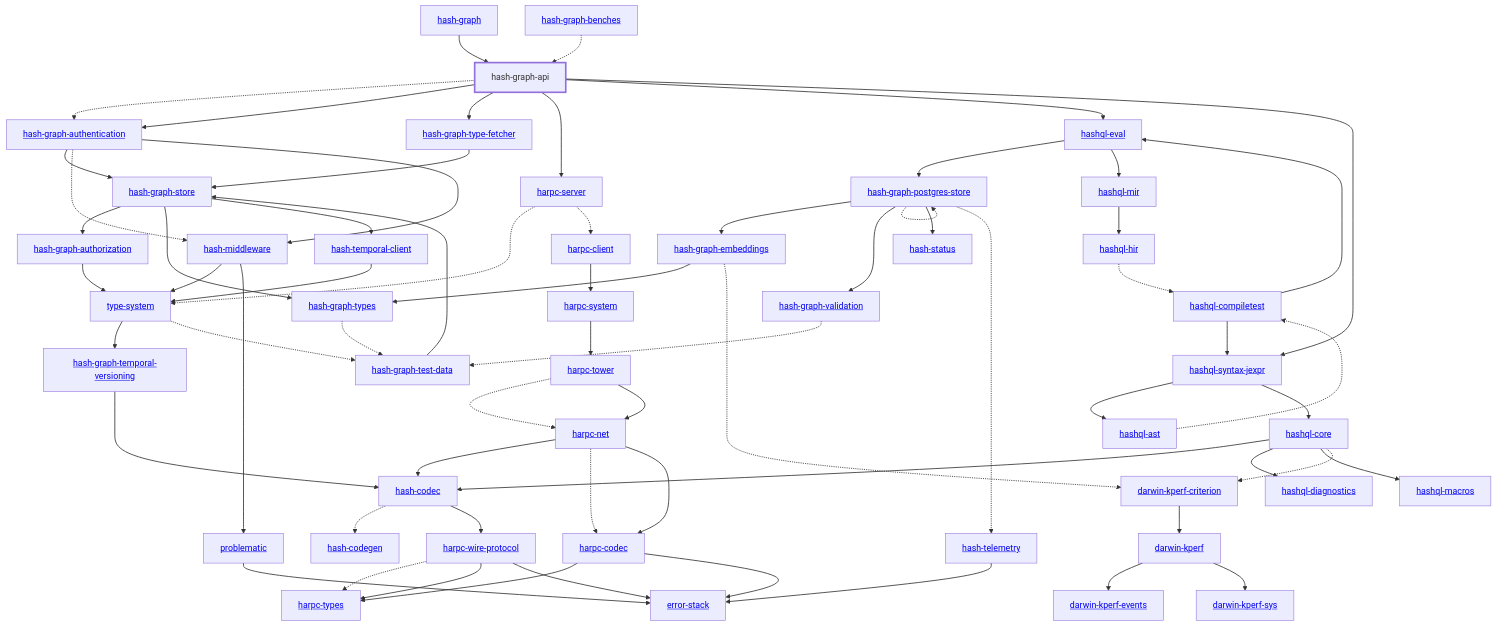
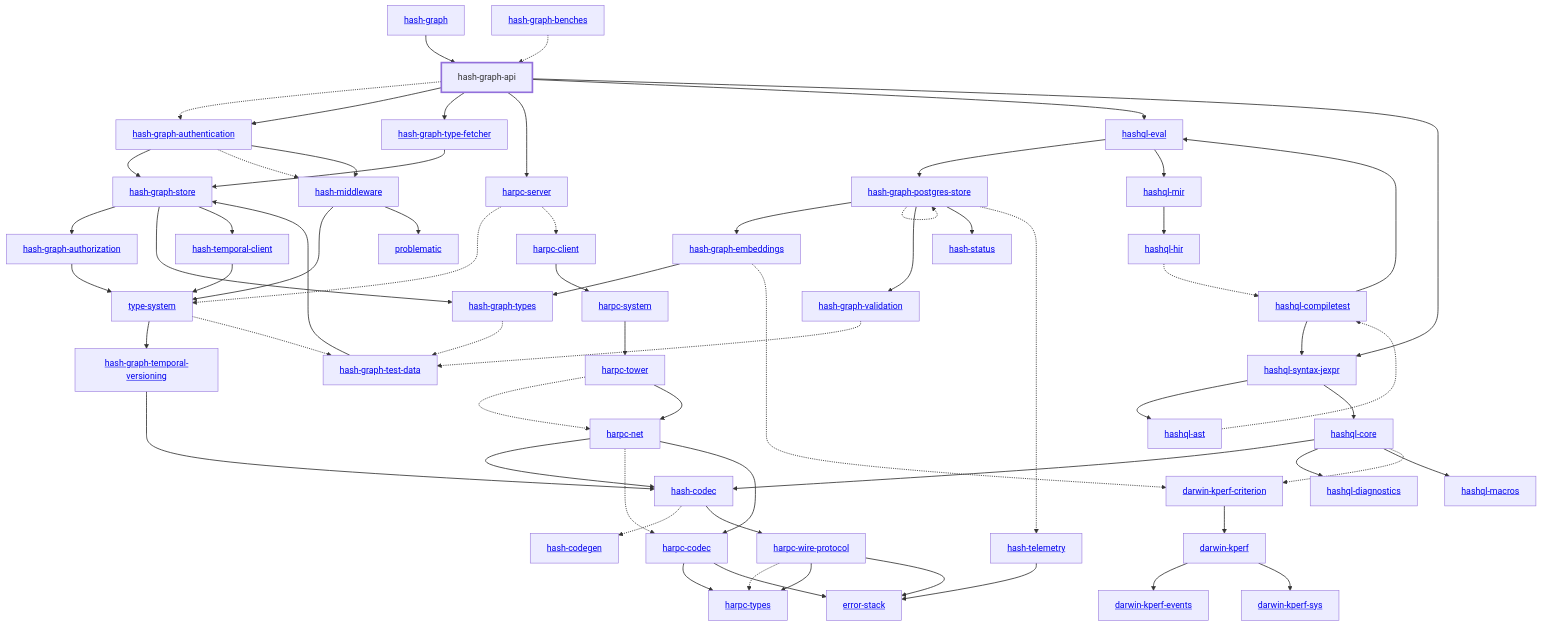
Before and after one commit to hashintel/hash: the diagram in libs/@local/graph/api/docs/dependency-diagram.mmd, drawn with Mermaid. The commit also changed 77 other files, not shown here.

```diff
--- a/libs/@local/graph/api/docs/dependency-diagram.mmd
+++ b/libs/@local/graph/api/docs/dependency-diagram.mmd
@@ -1,120 +1,119 @@
 graph TD
     linkStyle default stroke-width:1.5px
     classDef default stroke-width:1px
     classDef root stroke-width:3px
     classDef dev stroke-width:1px
     classDef build stroke-width:1px
     %% Legend
     %% --> : Normal dependency
     %% -.-> : Dev dependency
     %% ---> : Build dependency
     0[<a href="../hash_graph/index.html">hash-graph</a>]
     1[<a href="../type_system/index.html">type-system</a>]
     2[<a href="../hash_codec/index.html">hash-codec</a>]
     3[<a href="../hash_codegen/index.html">hash-codegen</a>]
     4[hash-graph-api]
     class 4 root
     5[<a href="../hash_graph_authentication/index.html">hash-graph-authentication</a>]
     6[<a href="../hash_graph_authorization/index.html">hash-graph-authorization</a>]
     7[<a href="../hash_graph_embeddings/index.html">hash-graph-embeddings</a>]
     8[<a href="../hash_graph_postgres_store/index.html">hash-graph-postgres-store</a>]
     9[<a href="../hash_graph_store/index.html">hash-graph-store</a>]
     10[<a href="../hash_graph_temporal_versioning/index.html">hash-graph-temporal-versioning</a>]
     11[<a href="../hash_graph_type_fetcher/index.html">hash-graph-type-fetcher</a>]
     12[<a href="../hash_graph_types/index.html">hash-graph-types</a>]
     13[<a href="../hash_graph_validation/index.html">hash-graph-validation</a>]
     14[<a href="../harpc_client/index.html">harpc-client</a>]
     15[<a href="../harpc_codec/index.html">harpc-codec</a>]
     16[<a href="../harpc_net/index.html">harpc-net</a>]
     17[<a href="../harpc_server/index.html">harpc-server</a>]
     18[<a href="../harpc_system/index.html">harpc-system</a>]
     19[<a href="../harpc_tower/index.html">harpc-tower</a>]
     20[<a href="../harpc_types/index.html">harpc-types</a>]
     21[<a href="../harpc_wire_protocol/index.html">harpc-wire-protocol</a>]
     22[<a href="../hashql_ast/index.html">hashql-ast</a>]
     23[<a href="../hashql_compiletest/index.html">hashql-compiletest</a>]
     24[<a href="../hashql_core/index.html">hashql-core</a>]
     25[<a href="../hashql_diagnostics/index.html">hashql-diagnostics</a>]
     26[<a href="../hashql_eval/index.html">hashql-eval</a>]
     27[<a href="../hashql_hir/index.html">hashql-hir</a>]
     28[<a href="../hashql_macros/index.html">hashql-macros</a>]
     29[<a href="../hashql_mir/index.html">hashql-mir</a>]
     30[<a href="../hashql_syntax_jexpr/index.html">hashql-syntax-jexpr</a>]
     31[<a href="../hash_middleware/index.html">hash-middleware</a>]
     32[<a href="../hash_status/index.html">hash-status</a>]
     33[<a href="../hash_telemetry/index.html">hash-telemetry</a>]
     34[<a href="../hash_temporal_client/index.html">hash-temporal-client</a>]
     35[<a href="../darwin_kperf/index.html">darwin-kperf</a>]
     36[<a href="../darwin_kperf_criterion/index.html">darwin-kperf-criterion</a>]
     37[<a href="../darwin_kperf_events/index.html">darwin-kperf-events</a>]
     38[<a href="../darwin_kperf_sys/index.html">darwin-kperf-sys</a>]
     39[<a href="../error_stack/index.html">error-stack</a>]
     40[<a href="../problematic/index.html">problematic</a>]
     41[<a href="../hash_graph_benches/index.html">hash-graph-benches</a>]
     42[<a href="../hash_graph_test_data/index.html">hash-graph-test-data</a>]
     0 --> 4
     1 --> 10
     1 -.-> 42
     2 -.-> 3
     2 --> 21
     4 -.-> 5
     4 --> 5
     4 --> 11
     4 --> 17
     4 --> 26
     4 --> 30
     5 --> 9
     5 -.-> 31
     5 --> 31
     6 --> 1
     7 --> 12
     7 -.-> 36
     8 --> 7
     8 -.-> 8
     8 --> 13
     8 --> 32
     8 -.-> 33
     9 --> 6
     9 --> 12
     9 --> 34
     10 --> 2
     11 --> 9
     12 -.-> 42
     13 -.-> 42
     14 --> 18
     15 --> 20
     15 --> 39
     16 --> 2
     16 -.-> 15
     16 --> 15
     17 -.-> 1
     17 -.-> 14
     18 --> 19
     19 -.-> 16
     19 --> 16
     21 -.-> 20
     21 --> 20
     21 --> 39
     22 -.-> 23
     23 --> 26
     23 --> 30
     24 --> 2
     24 --> 25
     24 --> 28
     24 -.-> 36
     26 --> 8
     26 --> 29
     27 -.-> 23
     29 --> 27
     30 --> 22
     30 --> 24
     31 --> 1
     31 --> 40
     33 --> 39
     34 --> 1
     35 --> 37
     35 --> 38
     36 --> 35
-    40 --> 39
     41 -.-> 4
     42 --> 9
```
